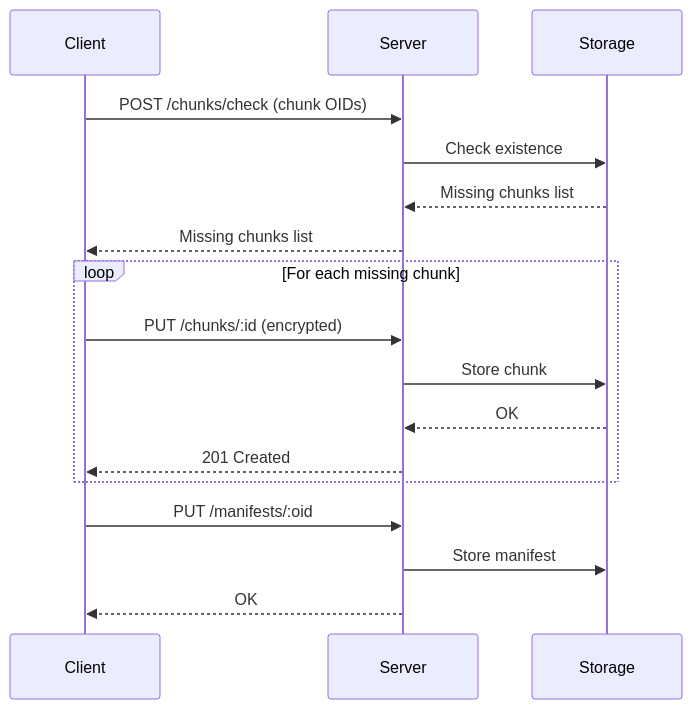
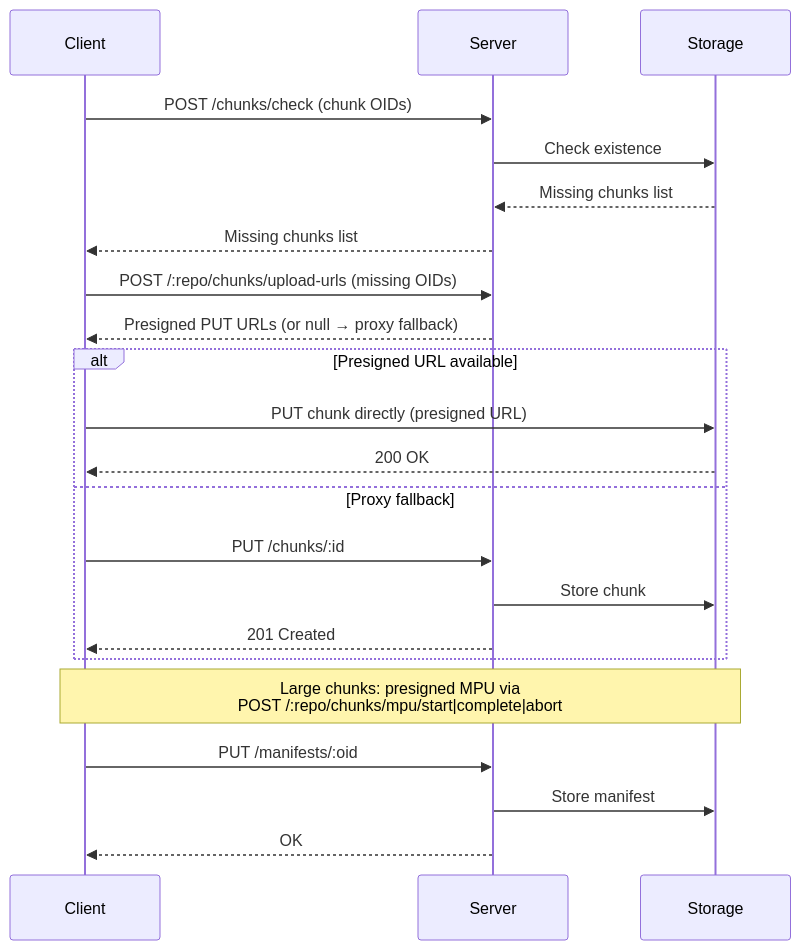
Before and after one commit to winnyboy5/mediagit-core: the seventh of 10 diagrams in CLOUD_ARCHITECTURE.md, drawn with Mermaid. The commit also changed other lines of this file and 50 other files, not shown here.

````diff
--- a/CLOUD_ARCHITECTURE.md
+++ b/CLOUD_ARCHITECTURE.md
@@ -256,22 +258,29 @@
 ```mermaid
 sequenceDiagram
     participant Client
     participant Server
     participant Storage
-    
+
     Client->>Server: POST /chunks/check (chunk OIDs)
     Server->>Storage: Check existence
     Storage-->>Server: Missing chunks list
     Server-->>Client: Missing chunks list
-    
-    loop For each missing chunk
-        Client->>Server: PUT /chunks/:id (encrypted)
+
+    Client->>Server: POST /:repo/chunks/upload-urls (missing OIDs)
+    Server-->>Client: Presigned PUT URLs (or null → proxy fallback)
+
+    alt Presigned URL available
+        Client->>Storage: PUT chunk directly (presigned URL)
+        Storage-->>Client: 200 OK
+    else Proxy fallback
+        Client->>Server: PUT /chunks/:id
         Server->>Storage: Store chunk
-        Storage-->>Server: OK
         Server-->>Client: 201 Created
     end
-    
+
+    Note over Client,Storage: Large chunks: presigned MPU via<br/>POST /:repo/chunks/mpu/start|complete|abort
+
     Client->>Server: PUT /manifests/:oid
     Server->>Storage: Store manifest
     Server-->>Client: OK
 ```
````
